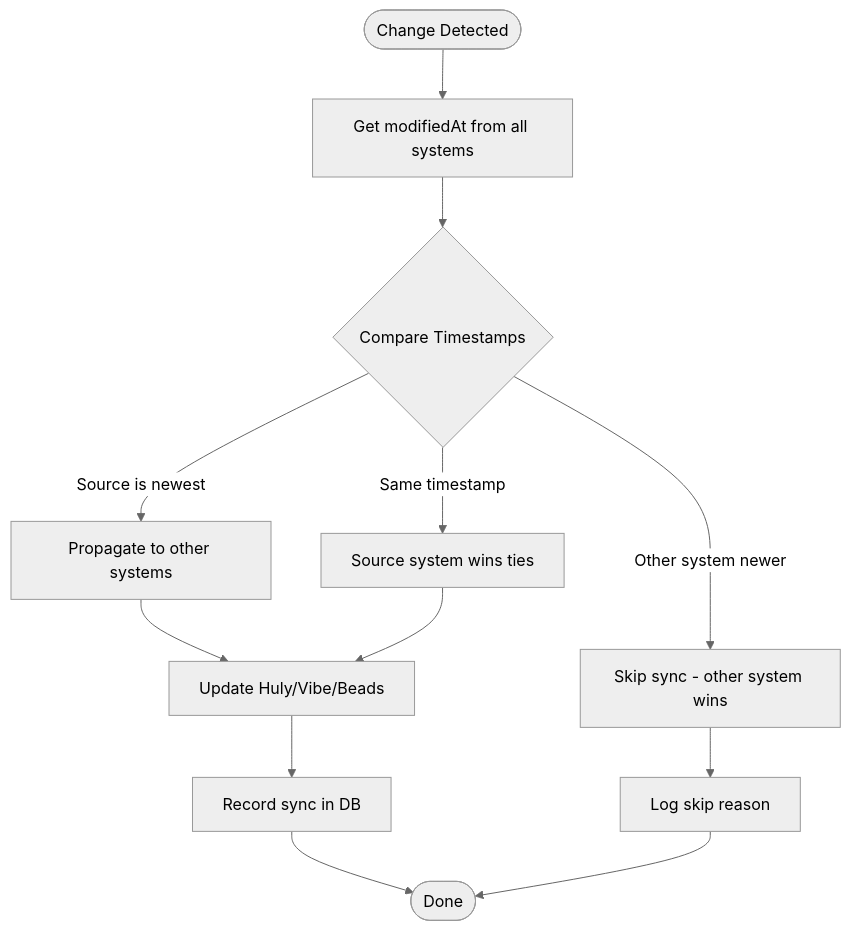
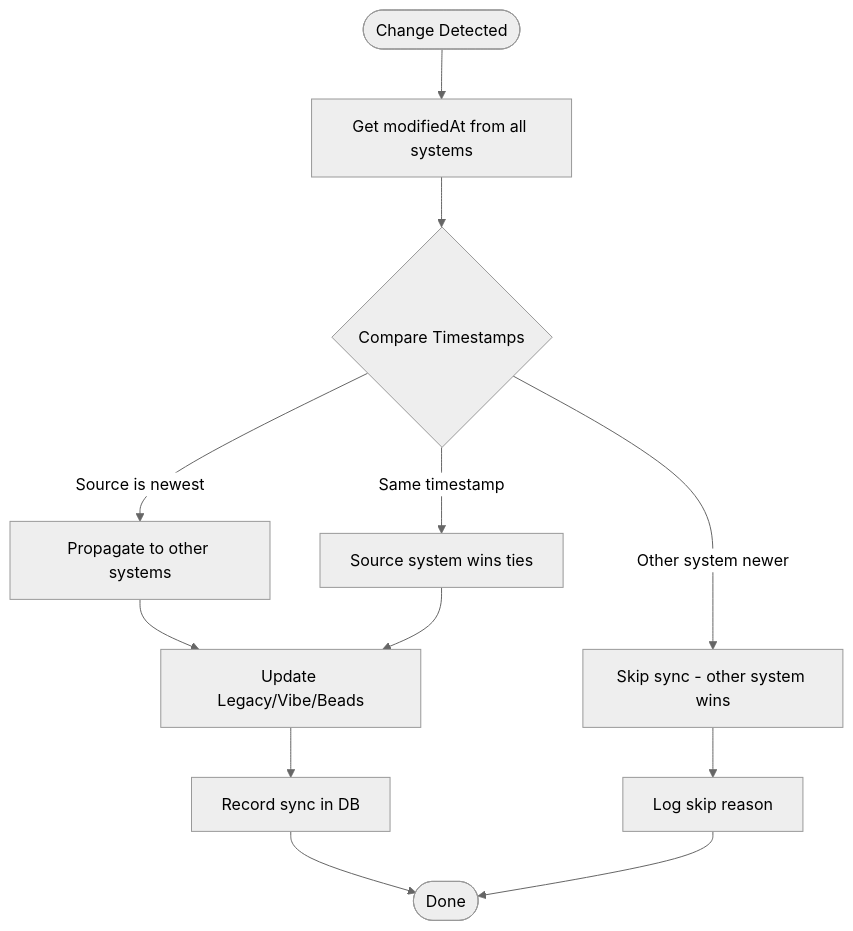
One commit to oculairmedia/huly-vibe-sync changed the fifth of 6 diagrams in docs/architecture/sync-flow.md. Above: the diagram before and after it, drawn with Mermaid (neutral theme). The commit also changed other lines of this file and 174 other files, not shown here.

````diff
--- a/docs/architecture/sync-flow.md
+++ b/docs/architecture/sync-flow.md
@@ -156,19 +156,19 @@
 ```mermaid
 flowchart TD
     Change([Change Detected]) --> GetTimestamps[Get modifiedAt from all systems]
 
     GetTimestamps --> Compare{Compare Timestamps}
 
     Compare -->|Source is newest| Propagate[Propagate to other systems]
     Compare -->|Other system newer| Skip[Skip sync - other system wins]
     Compare -->|Same timestamp| SourceWins[Source system wins ties]
 
-    Propagate --> UpdateTargets[Update Huly/Vibe/Beads]
+    Propagate --> UpdateTargets[Update Legacy/Vibe/Beads]
     SourceWins --> UpdateTargets
 
     UpdateTargets --> RecordSync[Record sync in DB]
     Skip --> LogSkip[Log skip reason]
 
     RecordSync --> Done([Done])
     LogSkip --> Done
 ```
````
